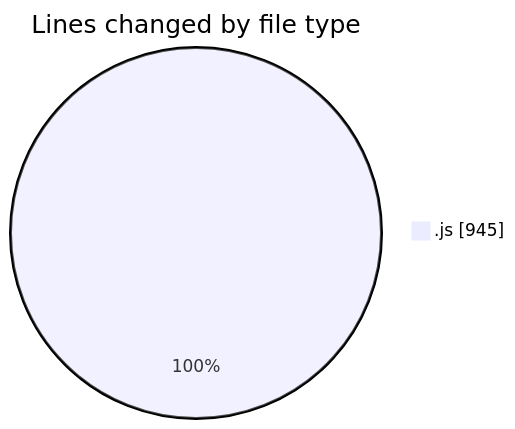
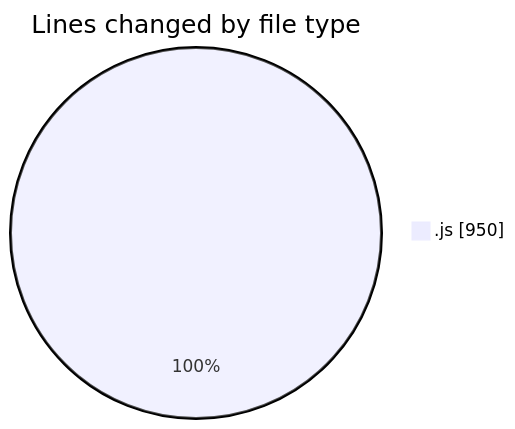
Before and after one commit to nxtqubesakshisongat/code-tracking: the first of 2 diagrams in 2025-12-29/nxtqube_webapp/README.md, drawn with Mermaid. The commit also changed other lines of this file and 1 other file, not shown here.

````diff
--- a/2025-12-29/nxtqube_webapp/README.md
+++ b/2025-12-29/nxtqube_webapp/README.md
@@ -20,5 +20,5 @@
 ```mermaid
 pie showData
 title Lines changed by file type
-".js" : 945
+".js" : 950
 ```
````
